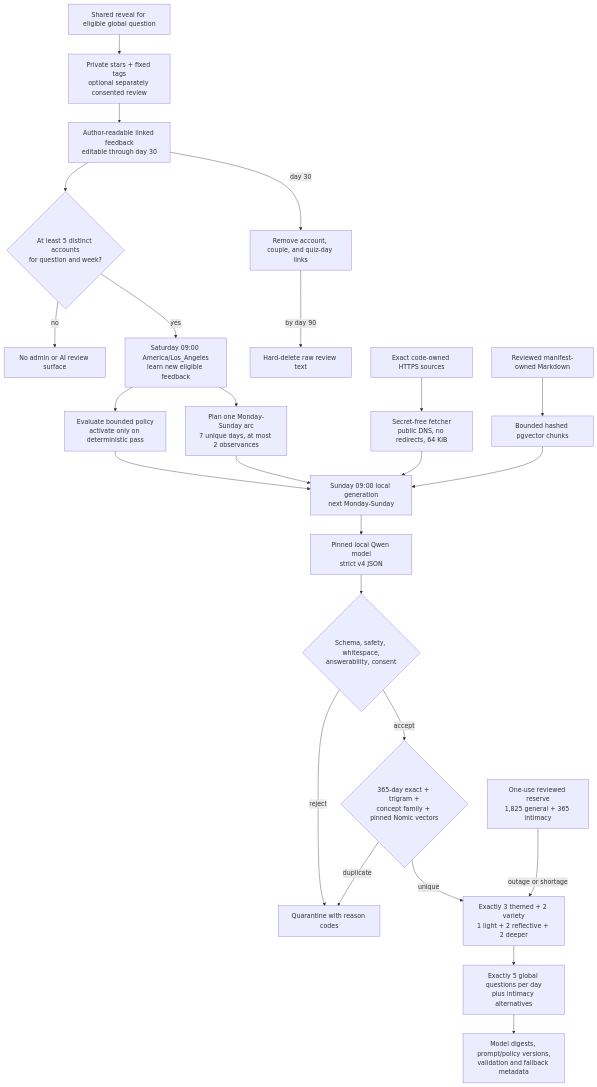
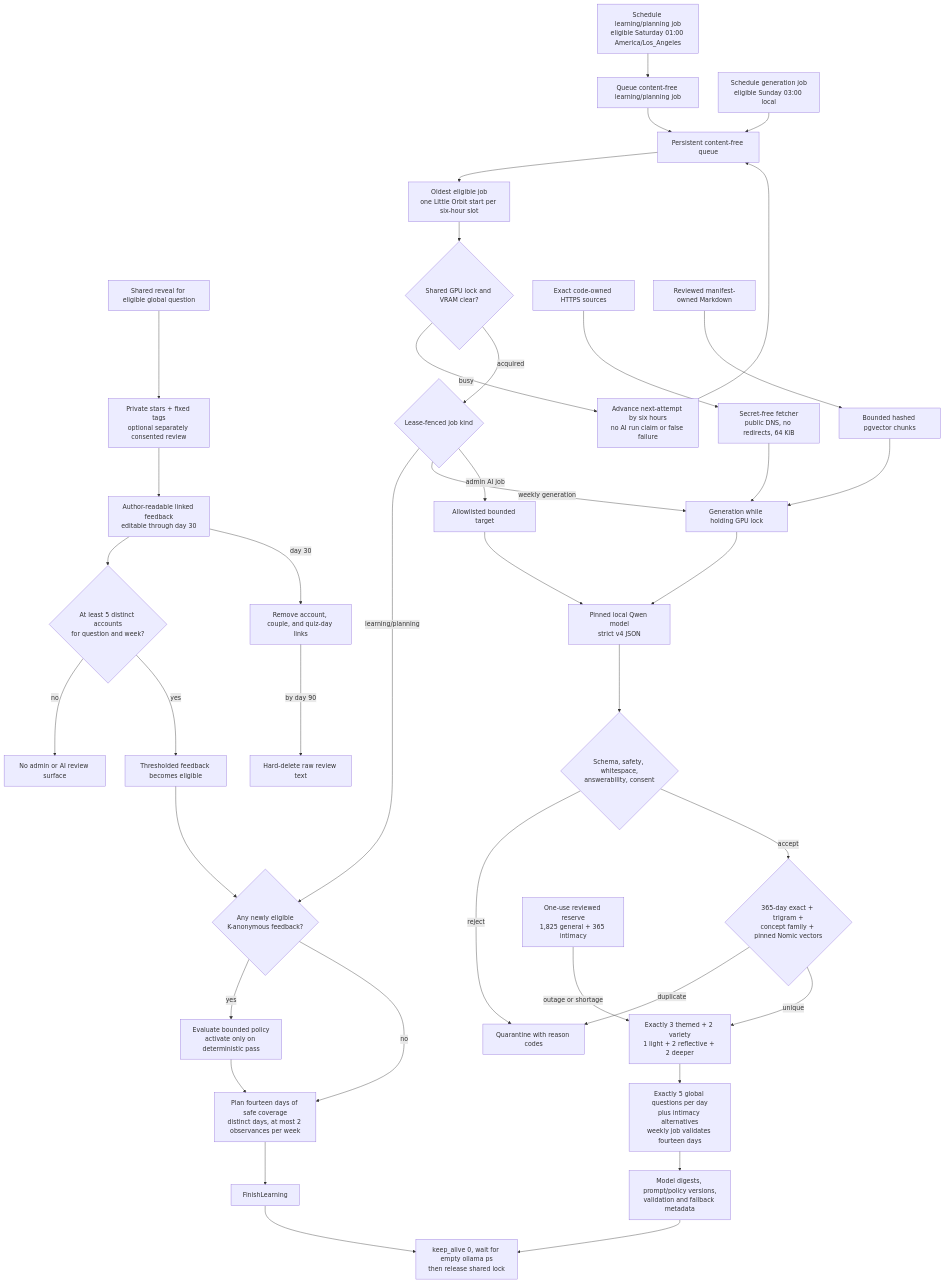
The eighth of 27 diagrams in docs/NETWORK-FLOW.md (Captainpax/littleorbit), drawn with Mermaid before and after one commit. The commit also changed other lines of this file and 136 other files, not shown here.

````diff
--- a/docs/NETWORK-FLOW.md
+++ b/docs/NETWORK-FLOW.md
@@ -251,27 +281,43 @@
 ```mermaid
 flowchart TD
     Reveal[Shared reveal for eligible global question] --> Feedback[Private stars + fixed tags<br/>optional separately consented review]
     Feedback --> Linked[Author-readable linked feedback<br/>editable through day 30]
     Linked --> Aggregate{At least 5 distinct accounts<br/>for question and week?}
     Aggregate -->|no| Hold[No admin or AI review surface]
-    Aggregate -->|yes| Saturday[Saturday 09:00 America/Los_Angeles<br/>learn new eligible feedback]
-    Saturday --> Policy[Evaluate bounded policy<br/>activate only on deterministic pass]
-    Saturday --> Theme[Plan one Monday-Sunday arc<br/>7 unique days, at most 2 observances]
+    Aggregate -->|yes| Eligible[Thresholded feedback becomes eligible]
+    Saturday[Schedule learning/planning job<br/>eligible Saturday 01:00 America/Los_Angeles] --> LearningJob[Queue content-free learning/planning job]
+    LearningJob --> Queue
+    Sunday[Schedule generation job<br/>eligible Sunday 03:00 local] --> Queue
+    Queue[Persistent content-free queue]
+    Queue --> Slot[Oldest eligible job<br/>one Little Orbit start per six-hour slot]
+    Slot --> Lock{Shared GPU lock and VRAM clear?}
+    Lock -->|busy| Retry[Advance next-attempt by six hours<br/>no AI run claim or false failure]
+    Retry --> Queue
+    Lock -->|acquired| Claim{Lease-fenced job kind}
+    Claim -->|learning/planning| LearningGate{Any newly eligible<br/>K-anonymous feedback?}
+    Eligible --> LearningGate
+    LearningGate -->|yes| Policy[Evaluate bounded policy<br/>activate only on deterministic pass]
+    LearningGate -->|no| Theme[Plan fourteen days of safe coverage<br/>distinct days, at most 2 observances per week]
+    Policy --> Theme
+    Theme --> FinishLearning
     Linked -->|day 30| Unlink[Remove account, couple, and quiz-day links]
     Unlink -->|by day 90| DeleteReview[Hard-delete raw review text]
-    Policy --> Sunday[Sunday 09:00 local generation<br/>next Monday-Sunday]
-    Theme --> Sunday
     Sources[Exact code-owned HTTPS sources] --> Fetcher[Secret-free fetcher<br/>public DNS, no redirects, 64 KiB]
-    Fetcher --> Sunday
+    Fetcher --> Generate[Generation while holding GPU lock]
     Knowledge[Reviewed manifest-owned Markdown] --> Chunks[Bounded hashed pgvector chunks]
-    Chunks --> Sunday
-    Sunday --> Qwen[Pinned local Qwen model<br/>strict v4 JSON]
+    Chunks --> Generate
+    Claim -->|weekly generation| Generate
+    Claim -->|admin AI job| AdminRun[Allowlisted bounded target]
+    AdminRun --> Qwen
+    Generate --> Qwen[Pinned local Qwen model<br/>strict v4 JSON]
     Qwen --> Validate{Schema, safety, whitespace,<br/>answerability, consent}
     Validate -->|reject| Quarantine[Quarantine with reason codes]
     Validate -->|accept| Semantic{365-day exact + trigram +<br/>concept family + pinned Nomic vectors}
     Semantic -->|duplicate| Quarantine
     Semantic -->|unique| Select[Exactly 3 themed + 2 variety<br/>1 light + 2 reflective + 2 deeper]
     Reserve[One-use reviewed reserve<br/>1,825 general + 365 intimacy] -->|outage or shortage| Select
-    Select --> Publish[Exactly 5 global questions per day<br/>plus intimacy alternatives]
+    Select --> Publish[Exactly 5 global questions per day<br/>plus intimacy alternatives<br/>weekly job validates fourteen days]
     Publish --> Audit[Model digests, prompt/policy versions,<br/>validation and fallback metadata]
+    FinishLearning --> Unload[keep_alive 0, wait for empty ollama ps<br/>then release shared lock]
+    Audit --> Unload
 ```
````
